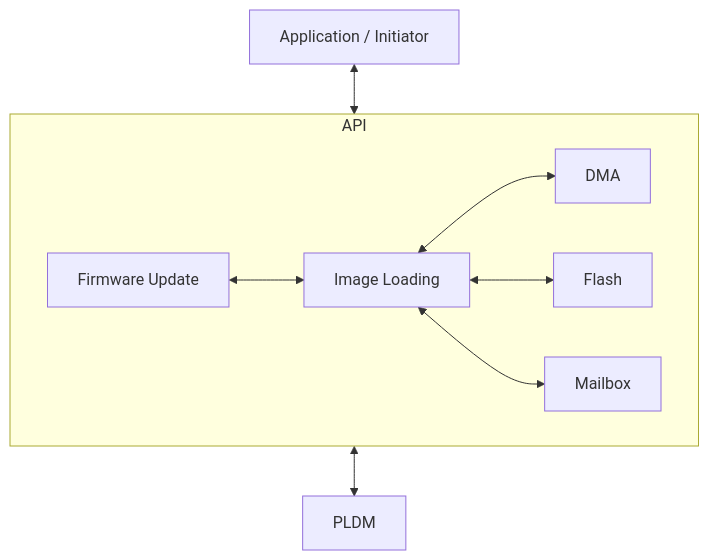
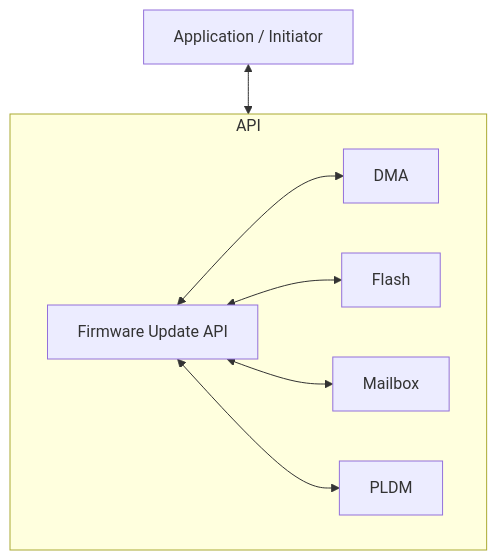
The first of 10 diagrams in docs/src/firmware_update.md (chipsalliance/caliptra-mcu-sw), drawn with Mermaid before and after one commit. The commit also changed other lines of this file, not shown here.

First line of the commit message:
docs: Add MCU hitless update reset flow sequence diagram

````diff
--- a/docs/src/firmware_update.md
+++ b/docs/src/firmware_update.md
@@ -11,12 +11,12 @@
 ```mermaid
 graph TD;
     A[Application / Initiator] <--> B[API];
     subgraph B[API]
         direction LR
-        B1[Firmware Update] <--> B2[Image Loading];
-        B2 <--> B3[DMA]
-        B2 <--> B4[Flash]
-        B2 <--> B5[Mailbox]
+        B1[Firmware Update API];
+        B1 <--> B3[DMA]
+        B1 <--> B4[Flash]
+        B1 <--> B5[Mailbox]
+        B1 <--> B6[PLDM]
     end
-    B <--> C[PLDM];
 ```
````
